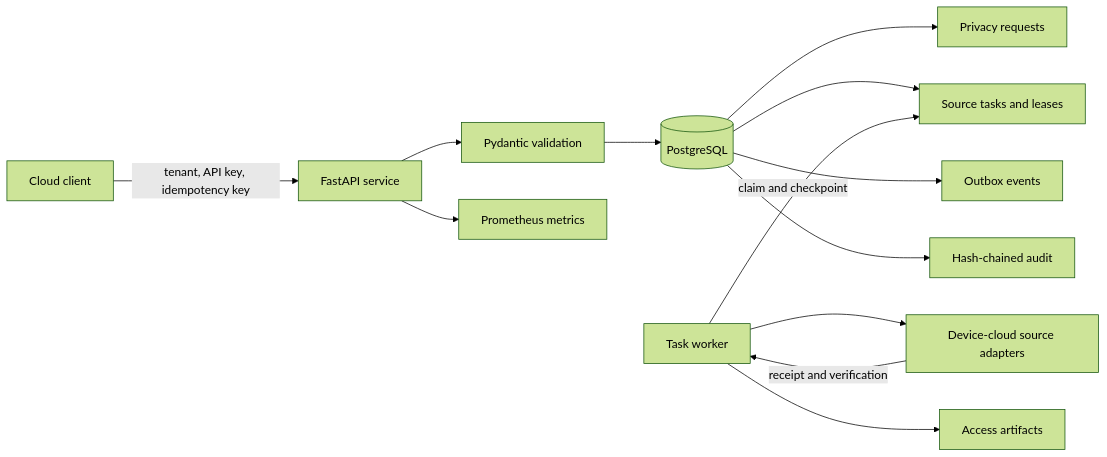
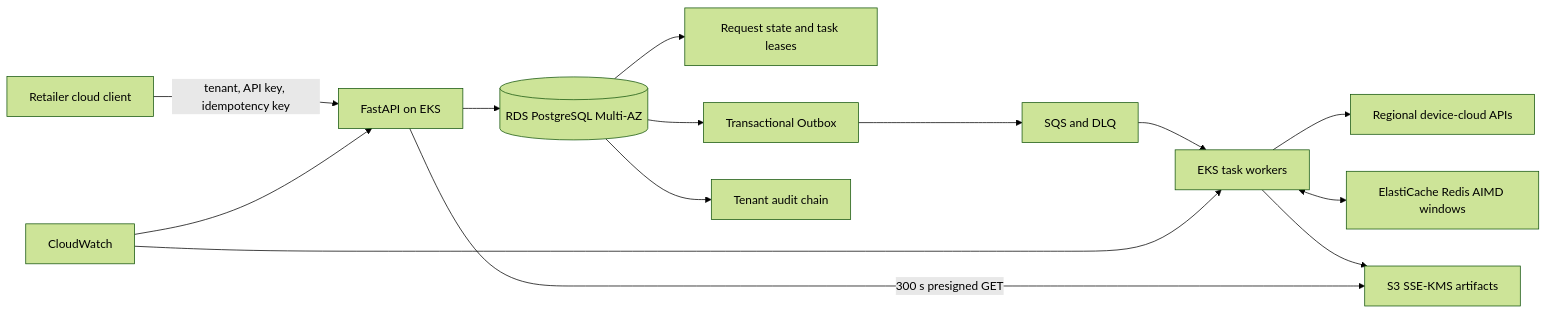
Before and after one commit to Epochex/FleetPrivacy-Control-Plane: the diagram in README.md, drawn with Mermaid (forest theme). The commit also changed other lines of this file and 63 other files, not shown here.

````diff
--- a/README.md
+++ b/README.md
@@ -57,15 +9,16 @@
 ```mermaid
 flowchart LR
-    C[Cloud client] -->|tenant, API key, idempotency key| A[FastAPI service]
-    A --> V[Pydantic validation]
-    V --> P[(PostgreSQL)]
-    P --> R[Privacy requests]
-    P --> T[Source tasks and leases]
-    P --> O[Outbox events]
-    P --> U[Hash-chained audit]
-    W[Task worker] -->|claim and checkpoint| T
-    W --> D[Device-cloud source adapters]
-    D -->|receipt and verification| W
-    W --> F[Access artifacts]
-    A --> M[Prometheus metrics]
+    C[Retailer cloud client] -->|tenant, API key, idempotency key| A[FastAPI on EKS]
+    A --> P[(RDS PostgreSQL Multi-AZ)]
+    P --> R[Request state and task leases]
+    P --> O[Transactional Outbox]
+    P --> U[Tenant audit chain]
+    O --> Q[SQS and DLQ]
+    Q --> W[EKS task workers]
+    W --> X[Regional device-cloud APIs]
+    W <--> E[ElastiCache Redis AIMD windows]
+    W --> S[S3 SSE-KMS artifacts]
+    A -->|300 s presigned GET| S
+    M[CloudWatch] --> A
+    M --> W
 ```
````
